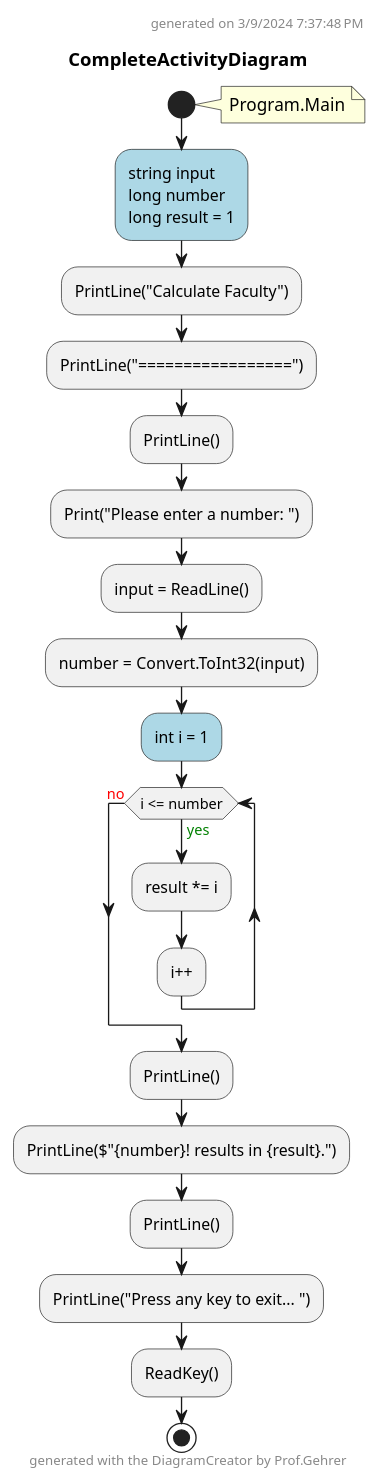
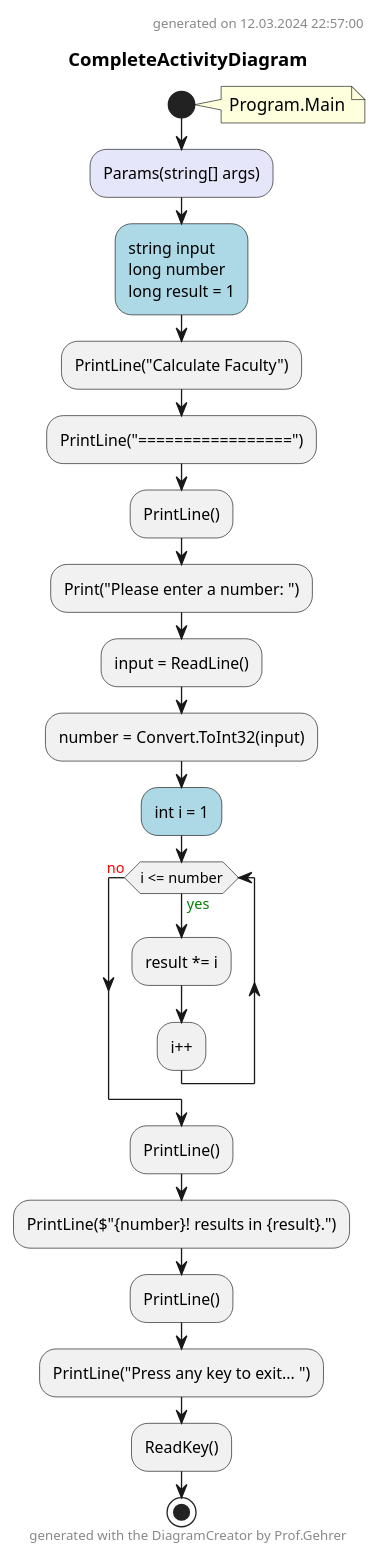
Before and after one commit to leoggehrer/2324-34_ABIF_ACIF_POSE: the diagram in Faculty.ConApp/Diagrams/CompleteActivityDiagram.puml, drawn with PlantUML. The commit also changed 227 other files, not shown here.

Commit message:
Changed folder name from Diagrams to diagrams.

```diff
--- a/Faculty.ConApp/Diagrams/CompleteActivityDiagram.puml
+++ b/Faculty.ConApp/Diagrams/CompleteActivityDiagram.puml
@@ -1,31 +1,32 @@
 @startuml CompleteActivityDiagram
 header
-generated on 3/9/2024 7:37:48 PM
+generated on 12.03.2024 22:57:00
 end header
 title CompleteActivityDiagram
 start
 note right:  Program.Main
+#Lavender:Params(string[] args);
 #LightBlue:string input
 long number
 long result = 1;
 :PrintLine("Calculate Faculty");
 :PrintLine("=================");
 :PrintLine();
 :Print("Please enter a number: ");
 :input = ReadLine();
 :number = Convert.ToInt32(input);
 #LightBlue:int i = 1;
 while (i <= number) is (<color:green>yes)
     :result *= i;
 :i++;
 endwhile (<color:red>no)
 :PrintLine();
 :PrintLine($"{number}! results in {result}.");
 :PrintLine();
 :PrintLine("Press any key to exit... ");
 :ReadKey();
 stop
 footer
 generated with the DiagramCreator by Prof.Gehrer
 end footer
 @enduml
```
